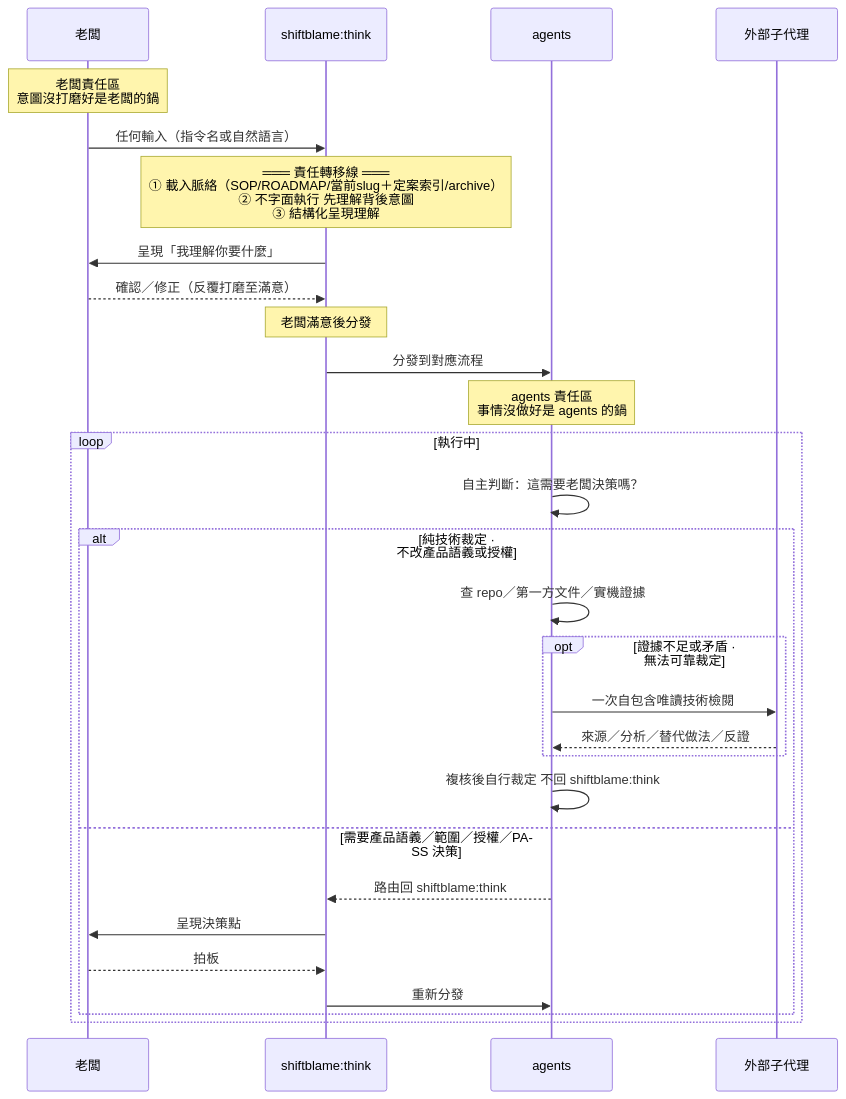
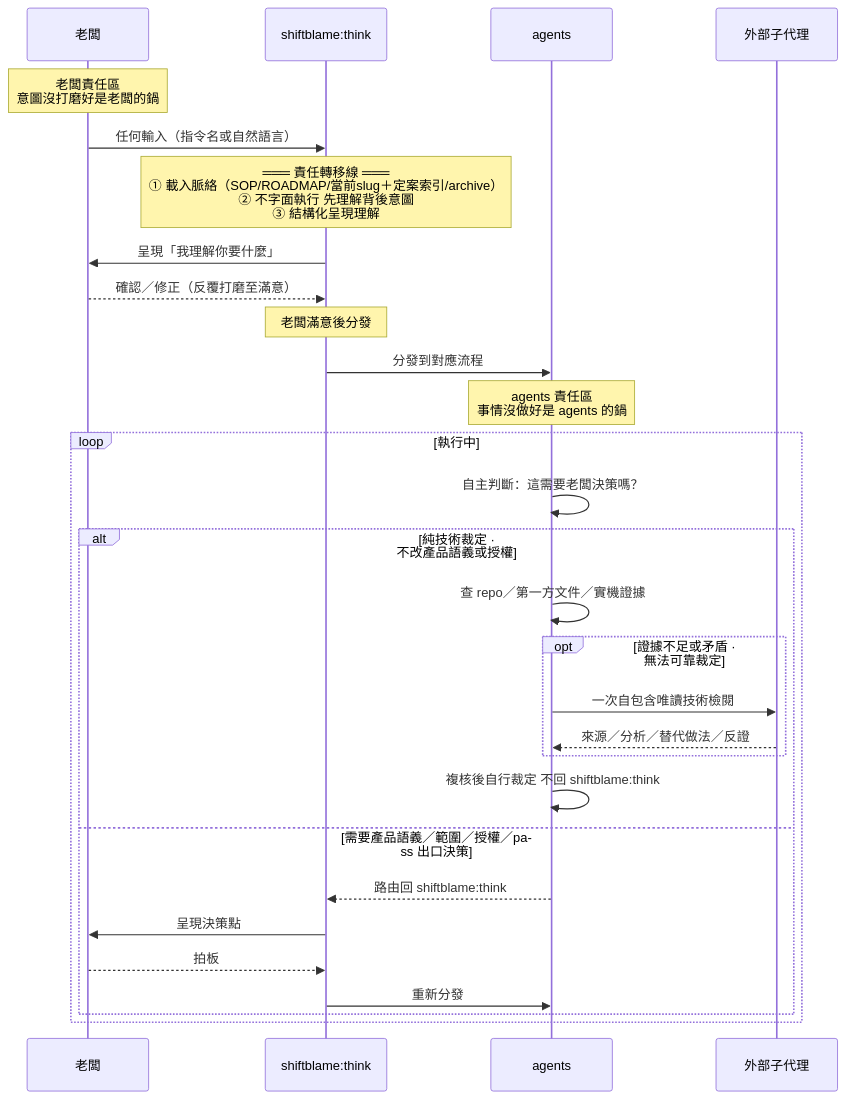
The first of 4 diagrams in skills/think/SKILL.md (teps3105/shiftblame), drawn with Mermaid before and after one commit. The commit also changed other lines of this file and 24 other files, not shown here.

````diff
--- a/skills/think/SKILL.md
+++ b/skills/think/SKILL.md
@@ -9,38 +9,38 @@
 ```mermaid
 sequenceDiagram
     participant B as 老闆
     participant T as shiftblame:think
     participant A as agents
     participant X as 外部子代理
 
     Note over B: 老闆責任區<br/>意圖沒打磨好是老闆的鍋
 
     B->>T: 任何輸入（指令名或自然語言）
 
     Note over T: ═══ 責任轉移線 ═══<br/>① 載入脈絡（SOP/ROADMAP/當前slug＋定案索引/archive）<br/>② 不字面執行 先理解背後意圖<br/>③ 結構化呈現理解
 
     T->>B: 呈現「我理解你要什麼」
     B-->>T: 確認／修正（反覆打磨至滿意）
 
     Note over T: 老闆滿意後分發
     T->>A: 分發到對應流程
 
     Note over A: agents 責任區<br/>事情沒做好是 agents 的鍋
 
     loop 執行中
         A->>A: 自主判斷：這需要老闆決策嗎？
         alt 純技術裁定 · 不改產品語義或授權
             A->>A: 查 repo／第一方文件／實機證據
             opt 證據不足或矛盾 · 無法可靠裁定
                 A->>X: 一次自包含唯讀技術檢閱
                 X-->>A: 來源／分析／替代做法／反證
             end
             A->>A: 複核後自行裁定 不回 shiftblame:think
-        else 需要產品語義／範圍／授權／PASS 決策
+        else 需要產品語義／範圍／授權／pass 出口決策
             A-->>T: 路由回 shiftblame:think
             T->>B: 呈現決策點
             B-->>T: 拍板
             T->>A: 重新分發
         end
     end
 ```
````
